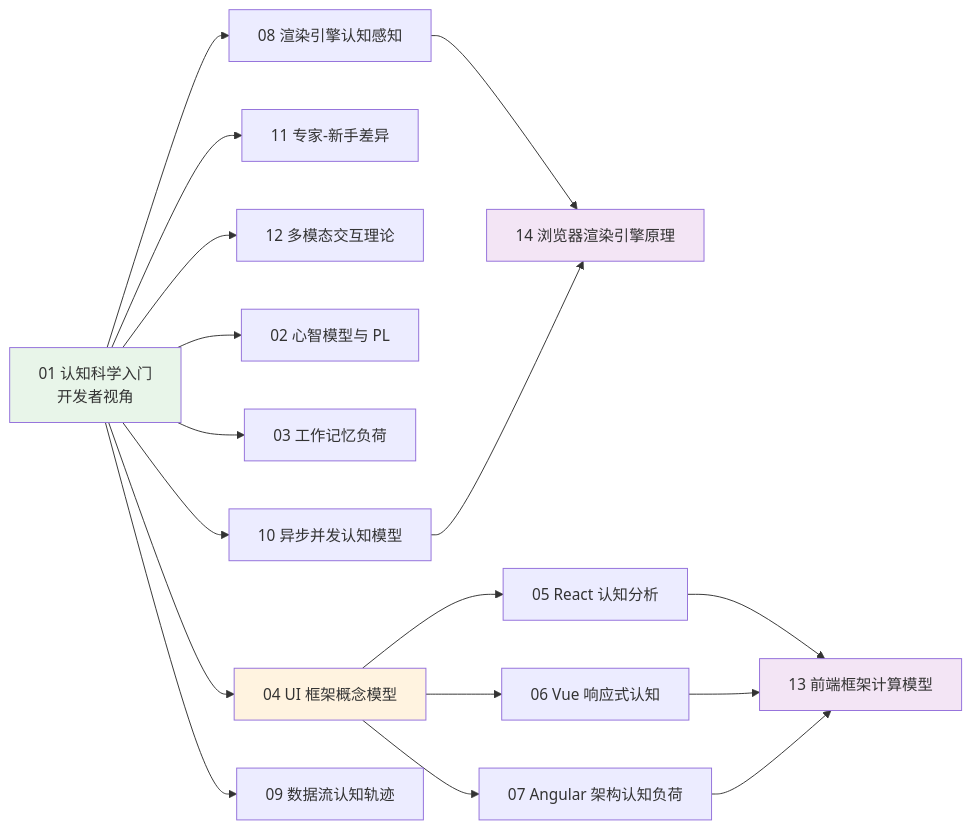
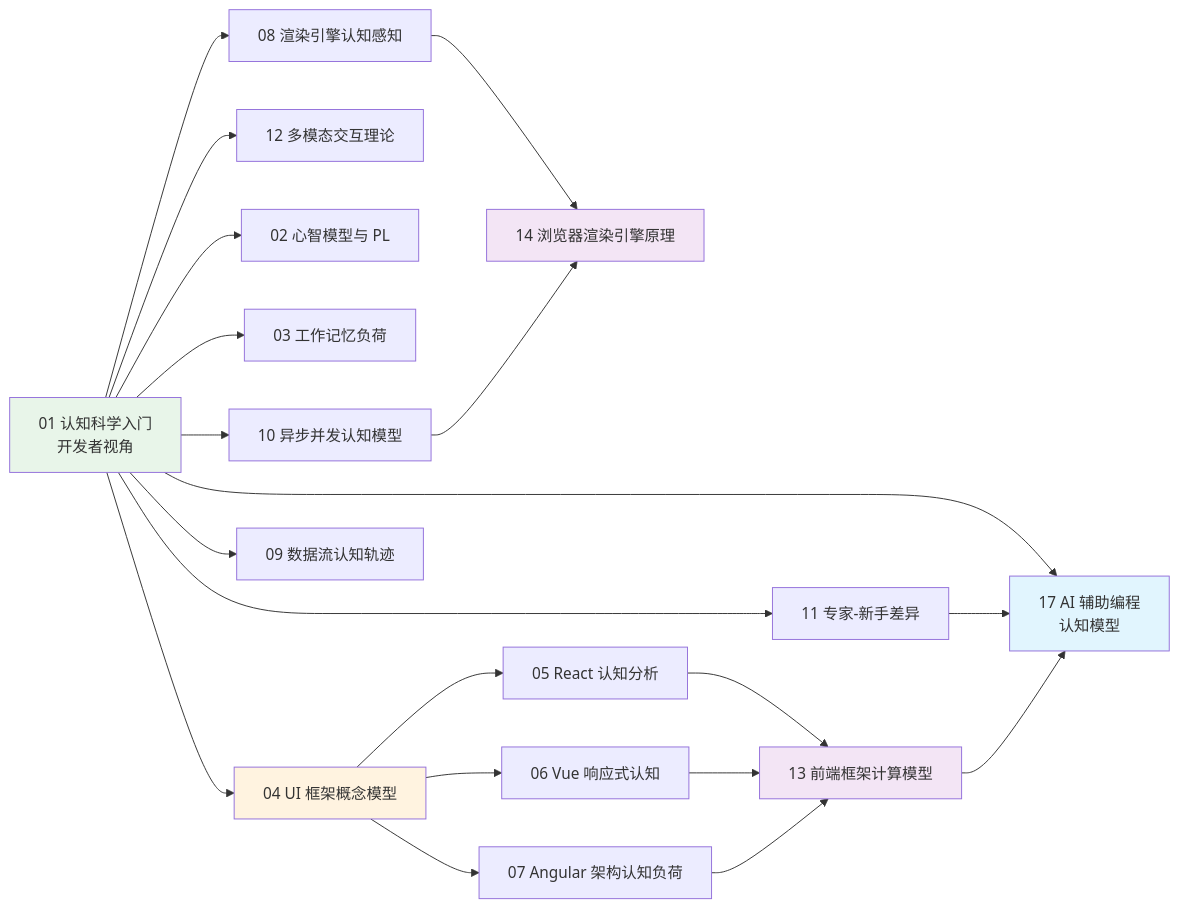
One commit to AdaMartin18010/JavaScriptTypeScript changed the third of 9 diagrams in 70-theoretical-foundations/KNOWLEDGE_GRAPH.md. Above: the diagram before and after it, drawn with Mermaid. The commit also changed other lines of this file and 64 other files, not shown here.

````diff
--- a/70-theoretical-foundations/KNOWLEDGE_GRAPH.md
+++ b/70-theoretical-foundations/KNOWLEDGE_GRAPH.md
@@ -86,26 +92,30 @@
 ```mermaid
 graph LR
     01["01 认知科学入门<br/>开发者视角"] --> 02["02 心智模型与 PL"]
     01 --> 03["03 工作记忆负荷"]
     01 --> 04["04 UI 框架概念模型"]
     01 --> 08["08 渲染引擎认知感知"]
     01 --> 09["09 数据流认知轨迹"]
     01 --> 10["10 异步并发认知模型"]
     01 --> 11["11 专家-新手差异"]
     01 --> 12["12 多模态交互理论"]
 
     04 --> 05["05 React 认知分析"]
     04 --> 06["06 Vue 响应式认知"]
     04 --> 07["07 Angular 架构认知负荷"]
 
     05 --> 13["13 前端框架计算模型"]
     06 --> 13
     07 --> 13
     08 --> 14["14 浏览器渲染引擎原理"]
     10 --> 14
+    01 --> 17["17 AI 辅助编程<br/>认知模型"]
+    11 --> 17
+    13 --> 17
 
     style 01 fill:#e8f5e9
     style 04 fill:#fff3e0
     style 13 fill:#f3e5f5
     style 14 fill:#f3e5f5
+    style 17 fill:#e1f5fe
 ```
````
